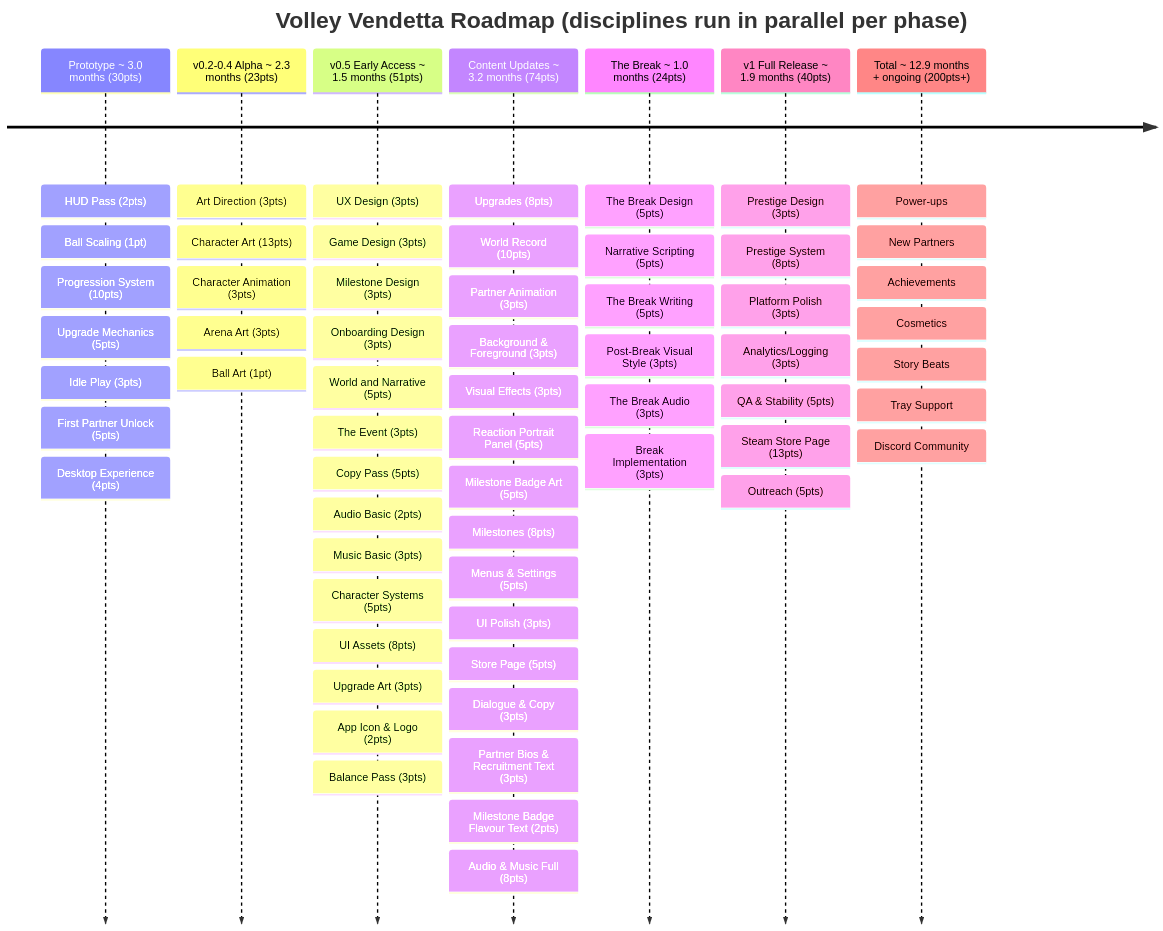
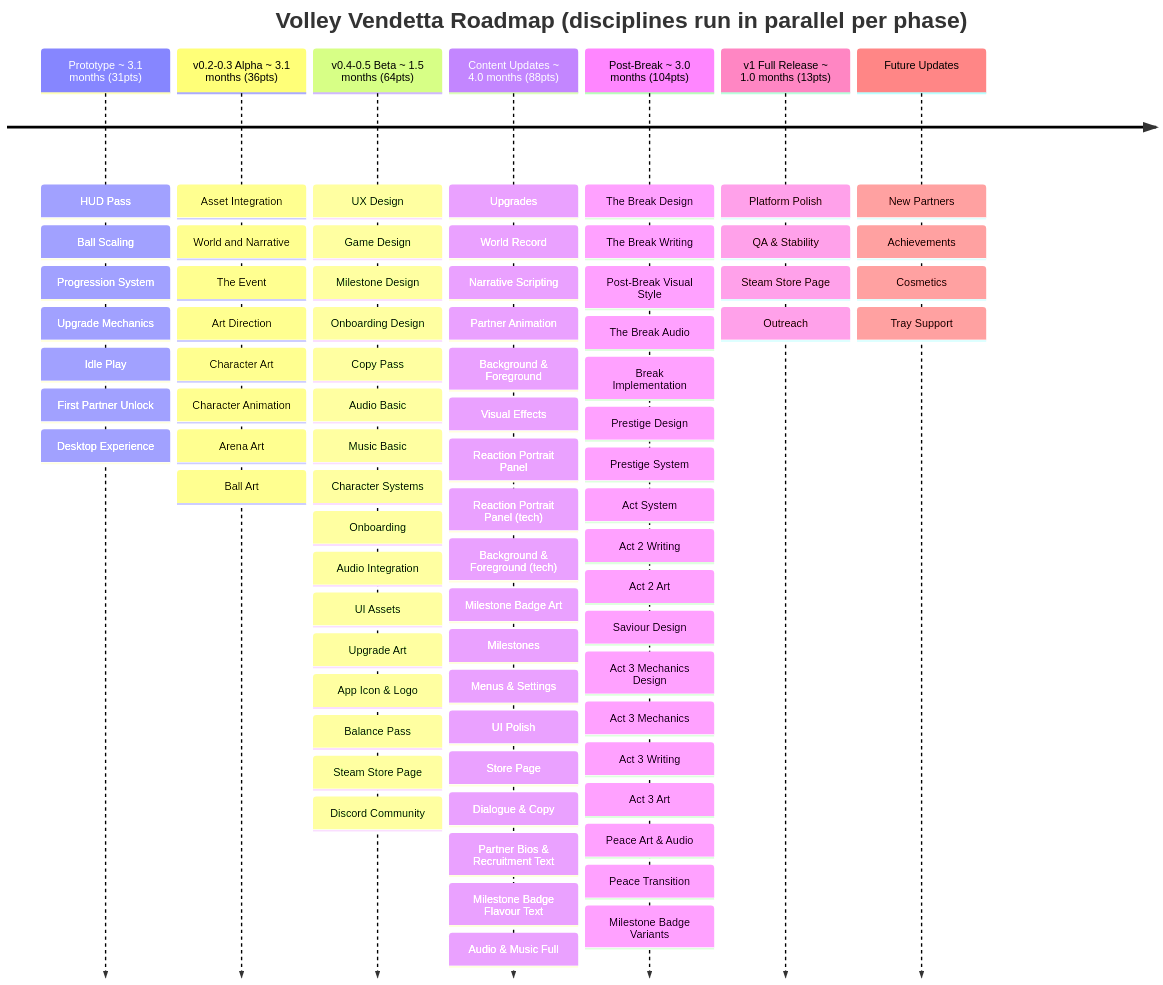
One commit to shuck-dev/volley changed the diagram in designs/roadmap.md. Above: the diagram before and after it, drawn with Mermaid. The commit also changed other lines of this file and 7 other files, not shown here.

Commit message:
docs: added post break and moved stuff around

````diff
--- a/designs/roadmap.md
+++ b/designs/roadmap.md
@@ -4,78 +4,92 @@
 timeline
     title Volley Vendetta Roadmap (disciplines run in parallel per phase)
 
-    Prototype ~ 3.0 months (30pts)
-        : HUD Pass (2pts)
-        : Ball Scaling (1pt)
-        : Progression System (10pts)
-        : Upgrade Mechanics (5pts)
-        : Idle Play (3pts)
-        : First Partner Unlock (5pts)
-        : Desktop Experience (4pts)
+    Prototype ~ 3.1 months (31pts)
+        : HUD Pass
+        : Ball Scaling
+        : Progression System
+        : Upgrade Mechanics
+        : Idle Play
+        : First Partner Unlock
+        : Desktop Experience
 
-    v0.2-0.4 Alpha ~ 2.3 months (23pts)
-        : Art Direction (3pts)
-        : Character Art (13pts)
-        : Character Animation (3pts)
-        : Arena Art (3pts)
-        : Ball Art (1pt)
+    v0.2-0.3 Alpha ~ 3.1 months (36pts)
+        : Asset Integration
+        : World and Narrative
+        : The Event
+        : Art Direction
+        : Character Art
+        : Character Animation
+        : Arena Art
+        : Ball Art
 
-    v0.5 Early Access ~ 1.5 months (51pts)
-        : UX Design (3pts)
-        : Game Design (3pts)
-        : Milestone Design (3pts)
-        : Onboarding Design (3pts)
-        : World and Narrative (5pts)
-        : The Event (3pts)
-        : Copy Pass (5pts)
-        : Audio Basic (2pts)
-        : Music Basic (3pts)
-        : Character Systems (5pts)
-        : UI Assets (8pts)
-        : Upgrade Art (3pts)
-        : App Icon & Logo (2pts)
-        : Balance Pass (3pts)
+    v0.4-0.5 Beta ~ 1.5 months (64pts)
+        : UX Design
+        : Game Design
+        : Milestone Design
+        : Onboarding Design
+        : Copy Pass
+        : Audio Basic
+        : Music Basic
+        : Character Systems
+        : Onboarding
+        : Audio Integration
+        : UI Assets
+        : Upgrade Art
+        : App Icon & Logo
+        : Balance Pass
+        : Steam Store Page
+        : Discord Community
 
-    Content Updates ~ 3.2 months (74pts)
-        : Upgrades (8pts)
-        : World Record (10pts)
-        : Partner Animation (3pts)
-        : Background & Foreground (3pts)
-        : Visual Effects (3pts)
-        : Reaction Portrait Panel (5pts)
-        : Milestone Badge Art (5pts)
-        : Milestones (8pts)
-        : Menus & Settings (5pts)
-        : UI Polish (3pts)
-        : Store Page (5pts)
-        : Dialogue & Copy (3pts)
-        : Partner Bios & Recruitment Text (3pts)
-        : Milestone Badge Flavour Text (2pts)
-        : Audio & Music Full (8pts)
+    Content Updates ~ 4.0 months (88pts)
+        : Upgrades
+        : World Record
+        : Narrative Scripting
+        : Partner Animation
+        : Background & Foreground
+        : Visual Effects
+        : Reaction Portrait Panel
+        : Reaction Portrait Panel (tech)
+        : Background & Foreground (tech)
+        : Milestone Badge Art
+        : Milestones
+        : Menus & Settings
+        : UI Polish
+        : Store Page
+        : Dialogue & Copy
+        : Partner Bios & Recruitment Text
+        : Milestone Badge Flavour Text
+        : Audio & Music Full
 
-    The Break ~ 1.0 months (24pts)
-        : The Break Design (5pts)
-        : Narrative Scripting (5pts)
-        : The Break Writing (5pts)
-        : Post-Break Visual Style (3pts)
-        : The Break Audio (3pts)
-        : Break Implementation (3pts)
+    Post-Break ~ 3.0 months (104pts)
+        : The Break Design
+        : The Break Writing
+        : Post-Break Visual Style
+        : The Break Audio
+        : Break Implementation
+        : Prestige Design
+        : Prestige System
+        : Act System
+        : Act 2 Writing
+        : Act 2 Art
+        : Saviour Design
+        : Act 3 Mechanics Design
+        : Act 3 Mechanics
+        : Act 3 Writing
+        : Act 3 Art
+        : Peace Art & Audio
+        : Peace Transition
+        : Milestone Badge Variants
 
-    v1 Full Release ~ 1.9 months (40pts)
-        : Prestige Design (3pts)
-        : Prestige System (8pts)
-        : Platform Polish (3pts)
-        : Analytics/Logging (3pts)
-        : QA & Stability (5pts)
-        : Steam Store Page (13pts)
-        : Outreach (5pts)
+    v1 Full Release ~ 1.0 months (13pts)
+        : Platform Polish
+        : QA & Stability
+        : Steam Store Page
+        : Outreach
 
-    Total ~ 12.9 months + ongoing (200pts+)
-        : Power-ups
+    Future Updates
         : New Partners
         : Achievements
         : Cosmetics
-        : Story Beats
         : Tray Support
-        : Discord Community
 ```
````
